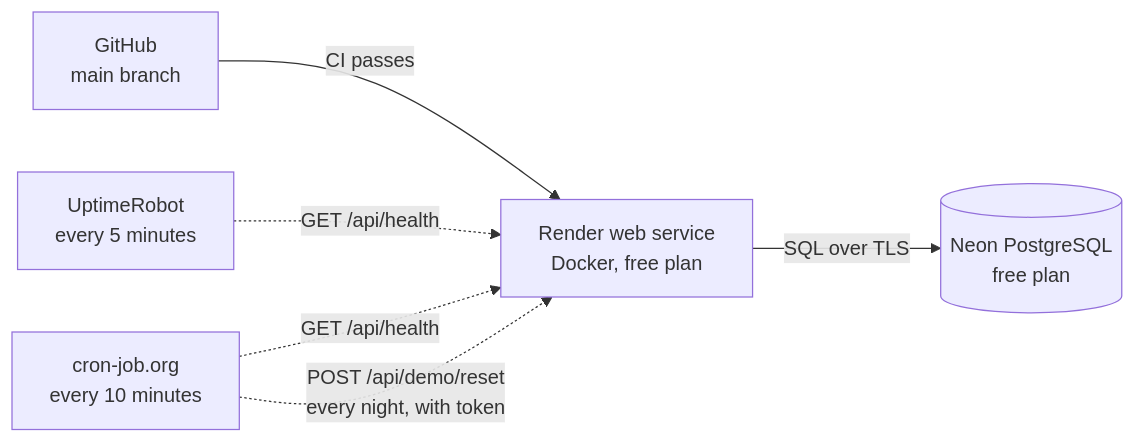
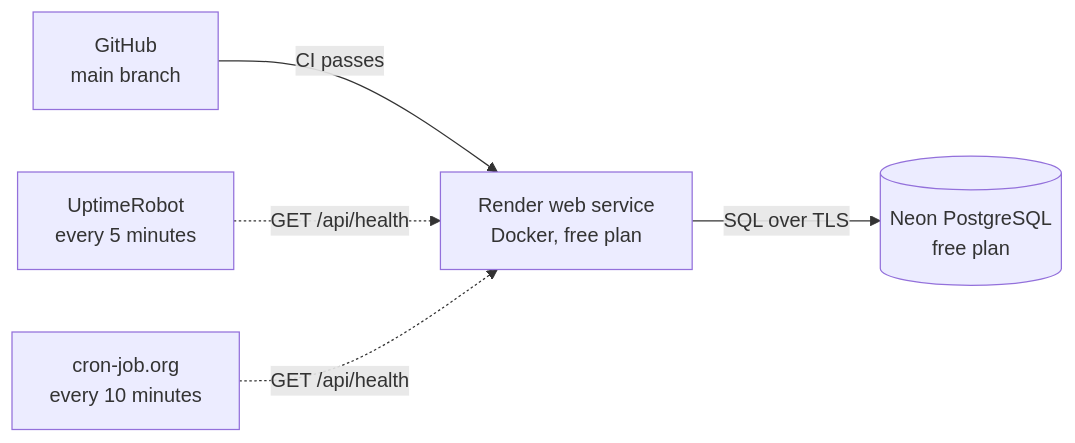
Before and after one commit to vladimirmilivojevic-creator/valitrack: the diagram in docs/deployment.md, drawn with Mermaid. The commit also changed other lines of this file and 7 other files, not shown here.

Commit message:
Reset the demo from inside the app every night instead of an external cron job

````diff
--- a/docs/deployment.md
+++ b/docs/deployment.md
@@ -6,8 +6,7 @@
 ```mermaid
 flowchart LR
     G[GitHub<br/>main branch] -->|CI passes| R[Render web service<br/>Docker, free plan]
     R -->|SQL over TLS| N[(Neon PostgreSQL<br/>free plan)]
     M1[UptimeRobot<br/>every 5 minutes] -.->|GET /api/health| R
     M2[cron-job.org<br/>every 10 minutes] -.->|GET /api/health| R
-    M2 -.->|POST /api/demo/reset<br/>every night, with token| R
 ```
````
